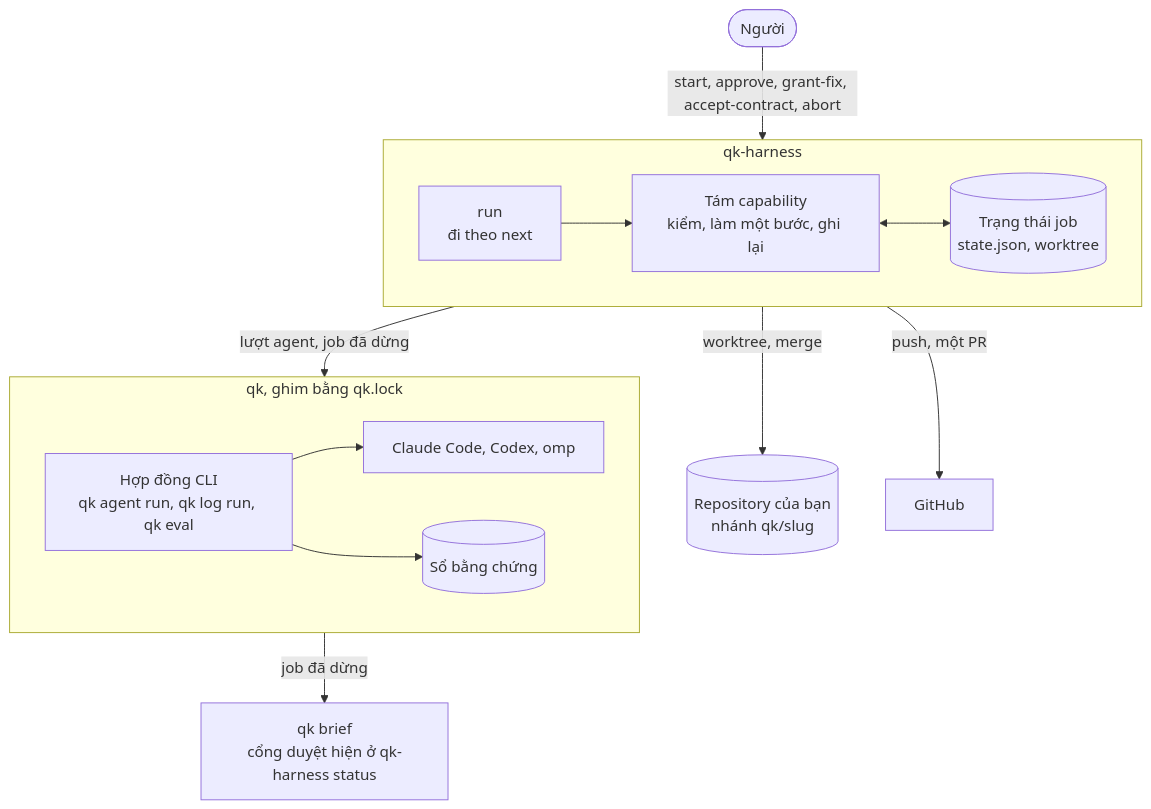
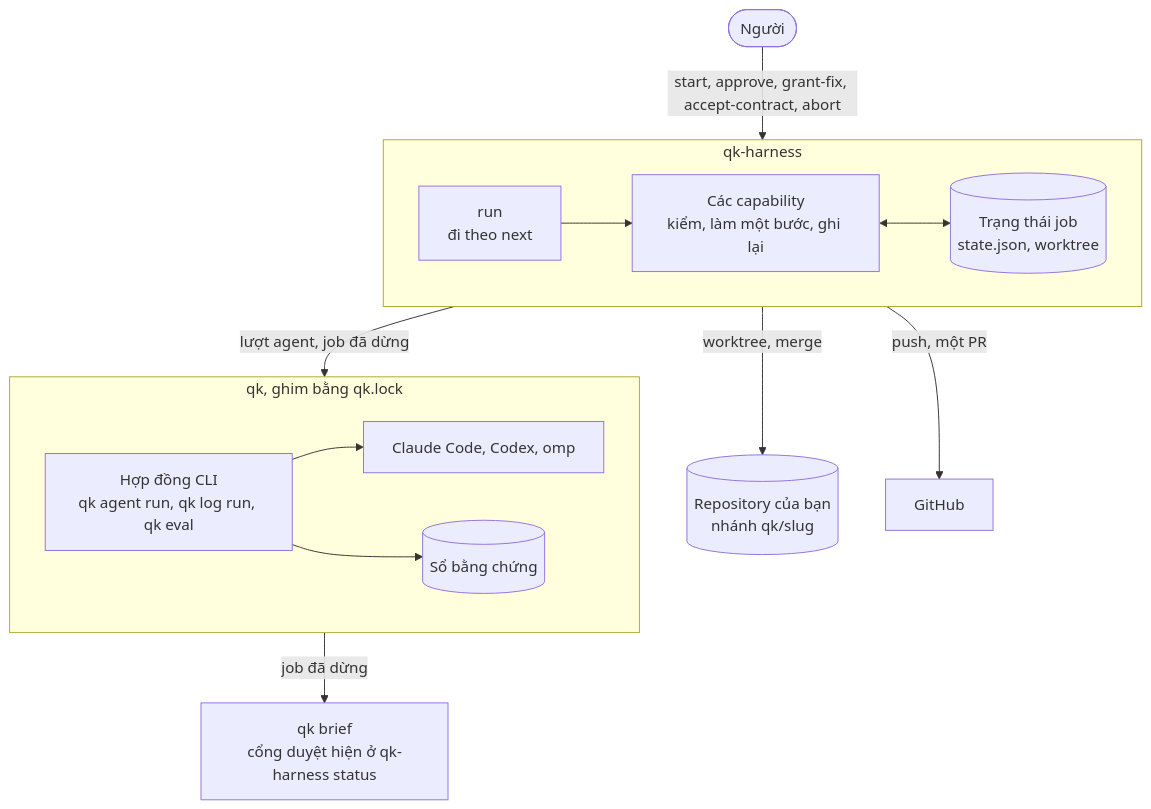
Before and after one commit to dakiquang/qk-harness: the diagram in docs/vi/guide.md, drawn with Mermaid. The commit also changed other lines of this file and 15 other files, not shown here.

````diff
--- a/docs/vi/guide.md
+++ b/docs/vi/guide.md
@@ -14,18 +14,18 @@
 ```mermaid
 flowchart TB
     person(["Người"]) -- "start, approve, grant-fix, accept-contract, abort" --> harness
     subgraph harness ["qk-harness"]
         direction LR
-        coord["run<br/>đi theo next"] --> caps["Tám capability<br/>kiểm, làm một bước, ghi lại"]
+        coord["run<br/>đi theo next"] --> caps["Các capability<br/>kiểm, làm một bước, ghi lại"]
         caps <--> state[("Trạng thái job<br/>state.json, worktree")]
     end
     harness -- "lượt agent, job đã dừng" --> qk
     harness -- "worktree, merge" --> repo[("Repository của bạn<br/>nhánh qk/slug")]
     harness -- "push, một PR" --> github["GitHub"]
     subgraph qk ["qk, ghim bằng qk.lock"]
         direction LR
         cli["Hợp đồng CLI<br/>qk agent run, qk log run, qk eval"] --> runtimes["Claude Code, Codex, omp"]
         cli --> ledger[("Sổ bằng chứng")]
     end
     qk -- "job đã dừng" --> brief["qk brief<br/>cổng duyệt hiện ở qk-harness status"]
 ```
````
